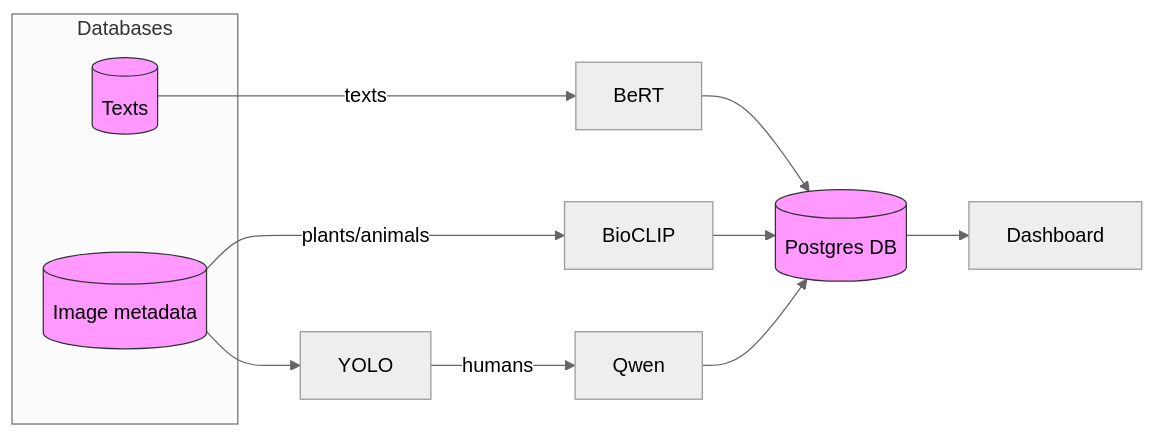
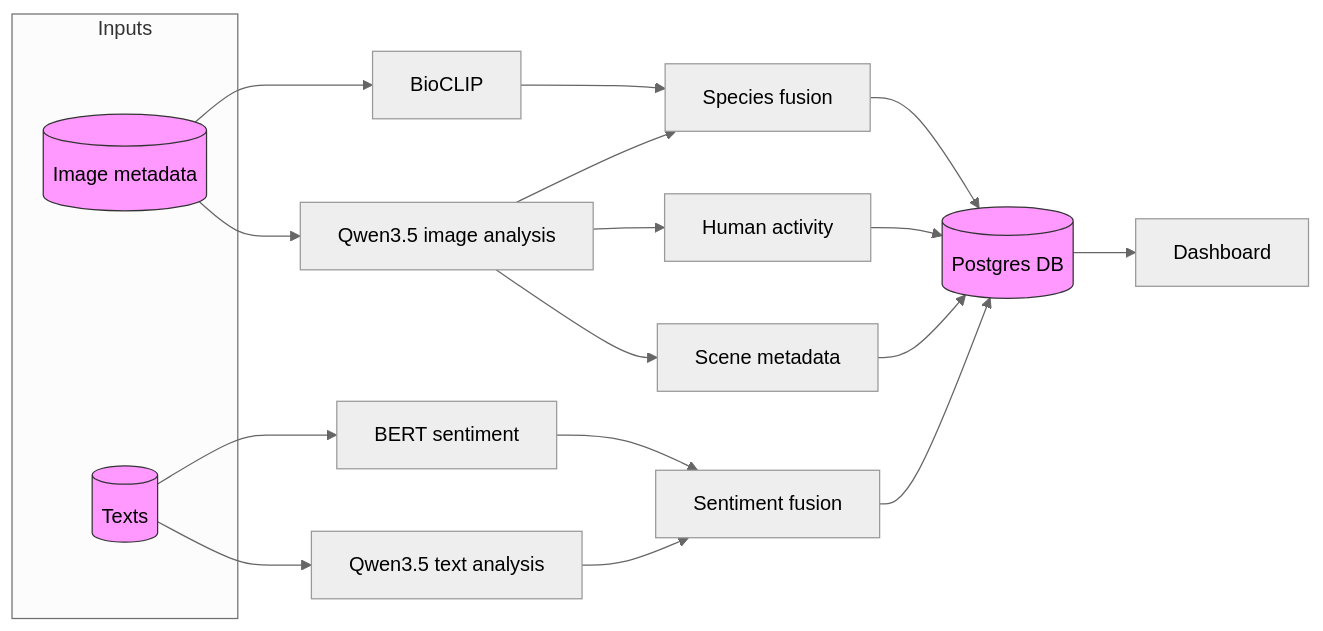
One commit to Data-Science-Project-2026/ProjectNew changed the diagram in documentation/pipeline.md. Above: the diagram before and after it, drawn with Mermaid (neutral theme). The commit also changed other lines of this file and 4 other files, not shown here.

````diff
--- a/documentation/pipeline.md
+++ b/documentation/pipeline.md
@@ -5,22 +6,32 @@
 ```mermaid
 flowchart LR
- subgraph Databases
+ subgraph Inputs
   TextDB[(Texts)]
   ImageDB[(Image metadata)]
  end
 
- TextDB -->|texts| BERT[BeRT]
- BERT -->Postgres[(Postgres DB)]
+ TextDB --> BERT[BERT sentiment]
+ TextDB --> QwenText[Qwen3.5 text analysis]
 
- ImageDB --> YOLO[YOLO]
- ImageDB -->|plants/animals| BioCLIP[BioCLIP]
- YOLO -->|humans| Qwen[Qwen]
+ ImageDB --> BioCLIP[BioCLIP]
+ ImageDB --> QwenVision[Qwen3.5 image analysis]
 
- BioCLIP -->Postgres
- Qwen -->Postgres
+ BioCLIP --> SpeciesFusion[Species fusion]
+ QwenVision --> SpeciesFusion
 
- Postgres -->Dashboard[Dashboard]
+ QwenVision --> ActivityHead[Human activity]
+ QwenVision --> ImageContext[Scene metadata]
+
+ BERT --> SentimentFusion[Sentiment fusion]
+ QwenText --> SentimentFusion
+
+ SpeciesFusion --> Postgres[(Postgres DB)]
+ ActivityHead --> Postgres
+ ImageContext --> Postgres
+ SentimentFusion --> Postgres
+
+ Postgres --> Dashboard[Dashboard]
 
  classDef db fill:#f9f,stroke:#333,stroke-width:1px;
  class TextDB,ImageDB,Postgres db;
 ```
````
